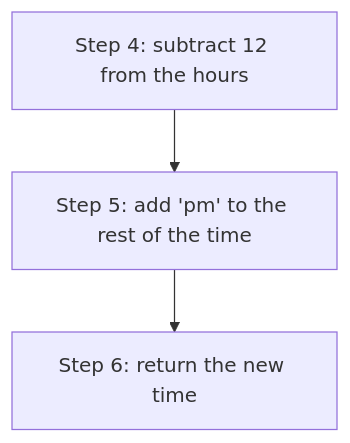
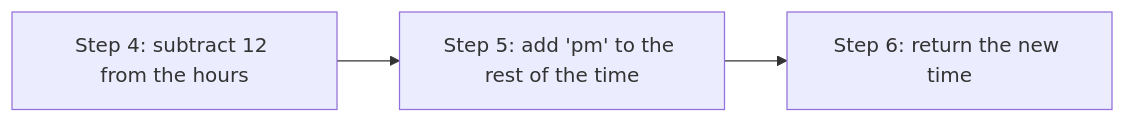
One commit to CodeYourFuture/curriculum changed the second of 2 diagrams in content/js1/blocks/assembly/index.md. Above: the diagram before and after it, drawn with Mermaid. The commit also changed other lines of this file and 6 other files, not shown here.

````diff
--- a/content/js1/blocks/assembly/index.md
+++ b/content/js1/blocks/assembly/index.md
@@ -44,9 +41,9 @@
 ```mermaid
 
-flowchart TD
+flowchart LR
 
 D[Step 4: subtract 12 from the hours]
 D --> E[Step 5: add 'pm' to the rest of the time]
 E --> F[Step 6: return the new time]
 
 ```
````
